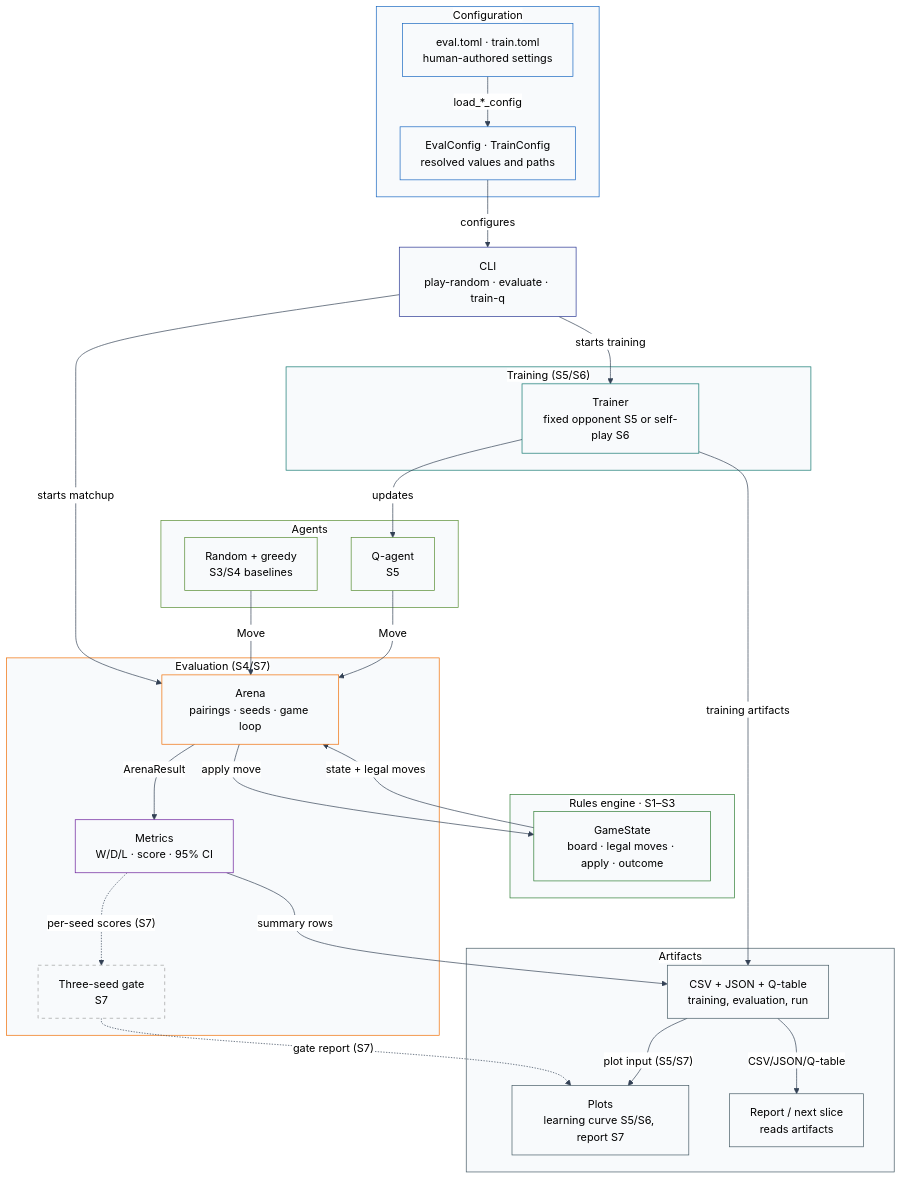
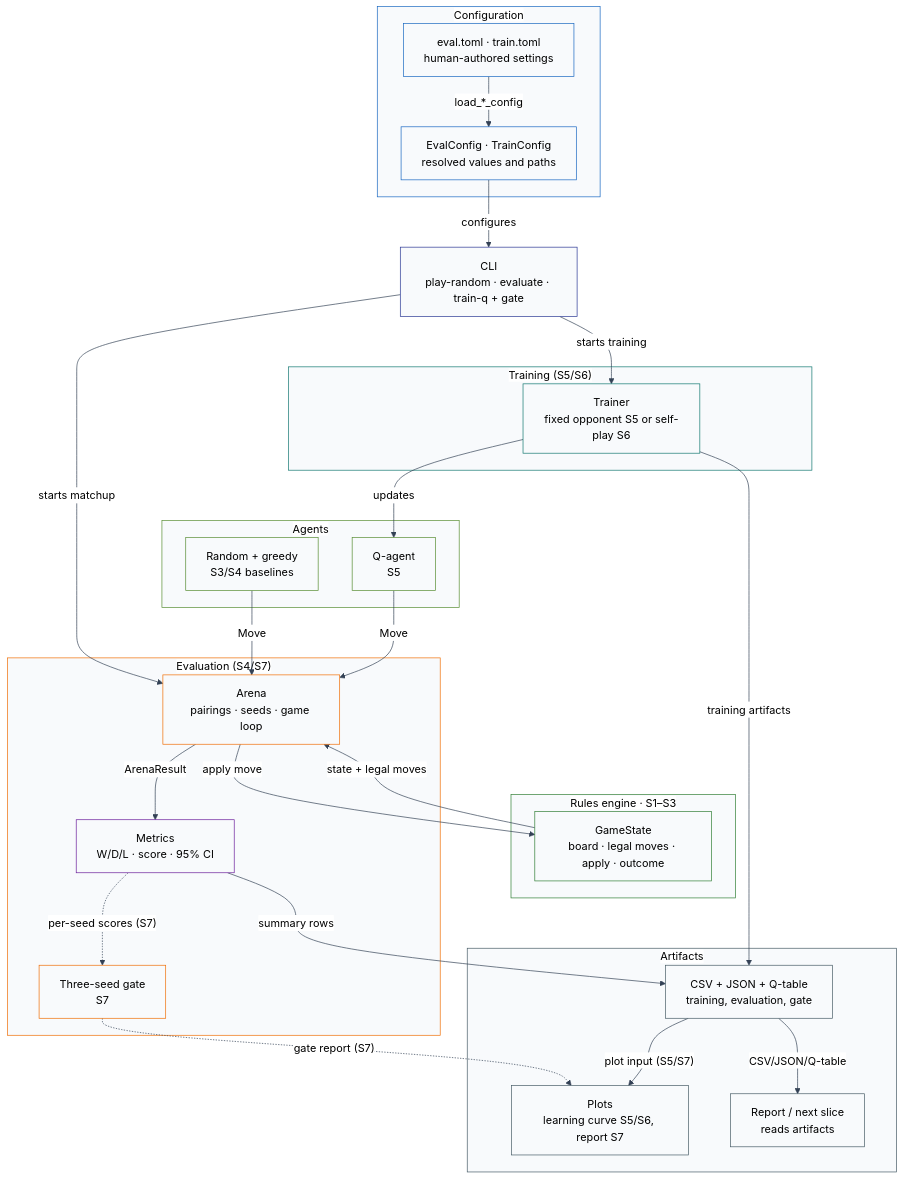
The diagram in docs/architecture.md (till75/RLCheckers), drawn with Mermaid before and after one commit. The commit also changed other lines of this file and 19 other files, not shown here.

````diff
--- a/docs/architecture.md
+++ b/docs/architecture.md
@@ -31,79 +31,79 @@
 ```mermaid
 %%{init: {"theme": "base", "themeVariables": {"darkMode": false, "primaryTextColor": "#000000", "secondaryTextColor": "#000000", "tertiaryTextColor": "#000000", "textColor": "#000000", "lineColor": "#334155", "edgeLabelBackground": "#ffffff", "clusterBkg": "#f8fafc", "clusterBorder": "#94a3b8"}}}%%
 flowchart TB
   subgraph Config["<span style='background-color:#ffffff'><span style='color:#000000'>Configuration</span></span>"]
     TOML["<span style='color:#000000'>eval.toml · train.toml<br/>human-authored settings</span>"]
     CFG["<span style='color:#000000'>EvalConfig · TrainConfig<br/>resolved values and paths</span>"]
     TOML -->|"<span style='background-color:#ffffff'><span style='color:#000000'>load_*_config</span></span>"| CFG
   end
 
   subgraph Rules["<span style='background-color:#ffffff'><span style='color:#000000'>Rules engine · S1–S3</span></span>"]
     STATE["<span style='color:#000000'>GameState<br/>board · legal moves · apply · outcome</span>"]
   end
 
   subgraph Agents["<span style='background-color:#ffffff'><span style='color:#000000'>Agents</span></span>"]
     BASE["<span style='color:#000000'>Random + greedy<br/>S3/S4 baselines</span>"]
     Q["<span style='color:#000000'>Q-agent<br/>S5</span>"]
   end
 
   subgraph Training["<span style='background-color:#ffffff'><span style='color:#000000'>Training (S5/S6)</span></span>"]
     TRAIN["<span style='color:#000000'>Trainer<br/>fixed opponent S5 or self-play S6</span>"]
   end
 
   subgraph Evaluation["<span style='background-color:#ffffff'><span style='color:#000000'>Evaluation (S4/S7)</span></span>"]
     ARENA["<span style='color:#000000'>Arena<br/>pairings · seeds · game loop</span>"]
     METRICS["<span style='color:#000000'>Metrics<br/>W/D/L · score · 95% CI</span>"]
     GATE["<span style='color:#000000'>Three-seed gate<br/>S7</span>"]
   end
 
   subgraph Outputs["<span style='background-color:#ffffff'><span style='color:#000000'>Artifacts</span></span>"]
-    FILES["<span style='color:#000000'>CSV + JSON + Q-table<br/>training, evaluation, run</span>"]
+    FILES["<span style='color:#000000'>CSV + JSON + Q-table<br/>training, evaluation, gate</span>"]
     PLOTS["<span style='color:#000000'>Plots<br/>learning curve S5/S6, report S7</span>"]
     CONSUMER["<span style='color:#000000'>Report / next slice<br/>reads artifacts</span>"]
   end
 
-  CLI["<span style='color:#000000'>CLI<br/>play-random · evaluate · train-q</span>"]
+  CLI["<span style='color:#000000'>CLI<br/>play-random · evaluate · train-q + gate</span>"]
 
   CFG -->|"<span style='background-color:#ffffff'><span style='color:#000000'>configures</span></span>"| CLI
   CLI -->|"<span style='background-color:#ffffff'><span style='color:#000000'>starts matchup</span></span>"| ARENA
   CLI -->|"<span style='background-color:#ffffff'><span style='color:#000000'>starts training</span></span>"| TRAIN
   STATE -->|"<span style='background-color:#ffffff'><span style='color:#000000'>state + legal moves</span></span>"| ARENA
   ARENA -->|"<span style='background-color:#ffffff'><span style='color:#000000'>apply move</span></span>"| STATE
   BASE -->|"<span style='background-color:#ffffff'><span style='color:#000000'>Move</span></span>"| ARENA
   Q -->|"<span style='background-color:#ffffff'><span style='color:#000000'>Move</span></span>"| ARENA
   TRAIN -->|"<span style='background-color:#ffffff'><span style='color:#000000'>updates</span></span>"| Q
   ARENA -->|"<span style='background-color:#ffffff'><span style='color:#000000'>ArenaResult</span></span>"| METRICS
   METRICS -->|"<span style='background-color:#ffffff'><span style='color:#000000'>summary rows</span></span>"| FILES
   TRAIN -->|"<span style='background-color:#ffffff'><span style='color:#000000'>training artifacts</span></span>"| FILES
   METRICS -.->|"<span style='background-color:#ffffff'><span style='color:#000000'>per-seed scores (S7)</span></span>"| GATE
   GATE -.->|"<span style='background-color:#ffffff'><span style='color:#000000'>gate report (S7)</span></span>"| PLOTS
   FILES -->|"<span style='background-color:#ffffff'><span style='color:#000000'>plot input (S5/S7)</span></span>"| PLOTS
   FILES -->|"<span style='background-color:#ffffff'><span style='color:#000000'>CSV/JSON/Q-table</span></span>"| CONSUMER
 
   style Config fill:#f8fafc,stroke:#1565c0
   style Rules fill:#f8fafc,stroke:#2e7d32
   style Agents fill:#f8fafc,stroke:#558b2f
   style Training fill:#f8fafc,stroke:#0f766e
   style Evaluation fill:#f8fafc,stroke:#ef6c00
   style Outputs fill:#f8fafc,stroke:#455a64
 
   classDef config fill:#f8fafc,stroke:#1565c0,color:#000000
   classDef cli fill:#f8fafc,stroke:#283593,color:#000000
   classDef rules fill:#f8fafc,stroke:#2e7d32,color:#000000
   classDef agents fill:#f8fafc,stroke:#558b2f,color:#000000
   classDef train fill:#f8fafc,stroke:#0f766e,color:#000000
   classDef eval fill:#f8fafc,stroke:#ef6c00,color:#000000
   classDef metrics fill:#f8fafc,stroke:#6a1b9a,color:#000000
   classDef output fill:#f8fafc,stroke:#455a64,color:#000000
   classDef future fill:#f8fafc,stroke:#9e9e9e,color:#000000,stroke-dasharray: 5 5
 
   class TOML,CFG config
   class CLI cli
   class STATE rules
   class BASE,Q agents
   class TRAIN train
   class ARENA eval
   class METRICS metrics
   class FILES,PLOTS,CONSUMER output
-  class GATE future
+  class GATE eval
 ```
````
